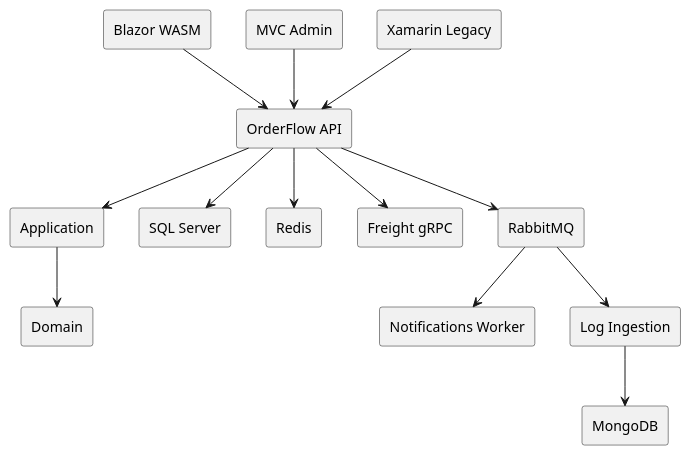
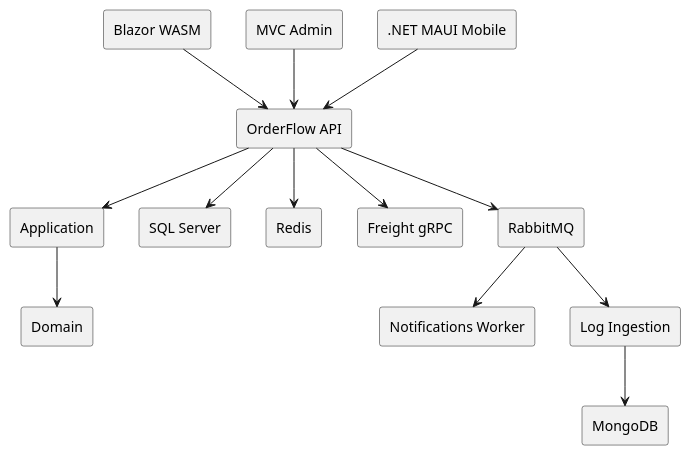
Before and after one commit to gersonlucasangeloviana/orderflow: the diagram in docs/uml/components.puml, drawn with PlantUML. The commit also changed 16 other files, not shown here.

Commit message:
Replace Xamarin legacy module with MAUI app

```diff
--- a/docs/uml/components.puml
+++ b/docs/uml/components.puml
@@ -1,15 +1,15 @@
 @startuml
 skinparam componentStyle rectangle
 [Blazor WASM] --> [OrderFlow API]
 [MVC Admin] --> [OrderFlow API]
-[Xamarin Legacy] --> [OrderFlow API]
+[.NET MAUI Mobile] --> [OrderFlow API]
 [OrderFlow API] --> [Application]
 [Application] --> [Domain]
 [OrderFlow API] --> [SQL Server]
 [OrderFlow API] --> [Redis]
 [OrderFlow API] --> [Freight gRPC]
 [OrderFlow API] --> [RabbitMQ]
 [RabbitMQ] --> [Notifications Worker]
 [RabbitMQ] --> [Log Ingestion]
 [Log Ingestion] --> [MongoDB]
 @enduml
```
